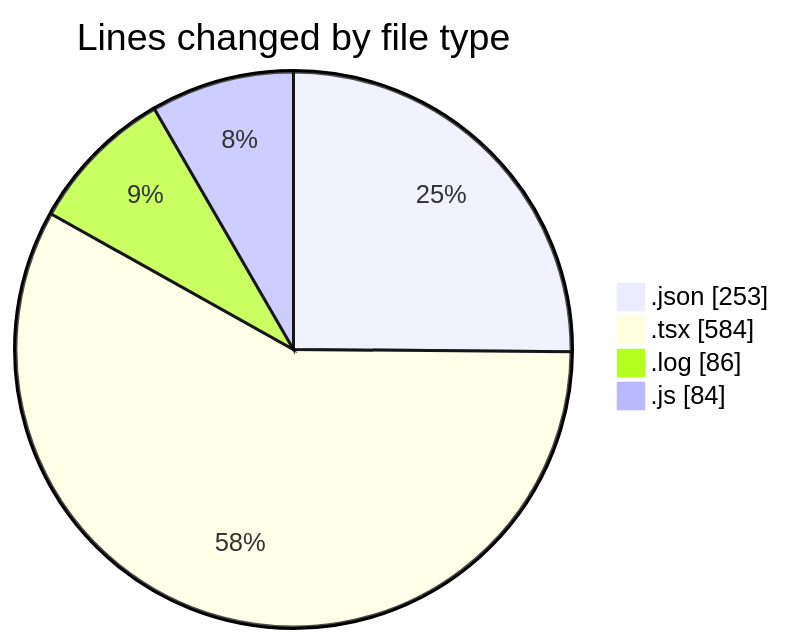
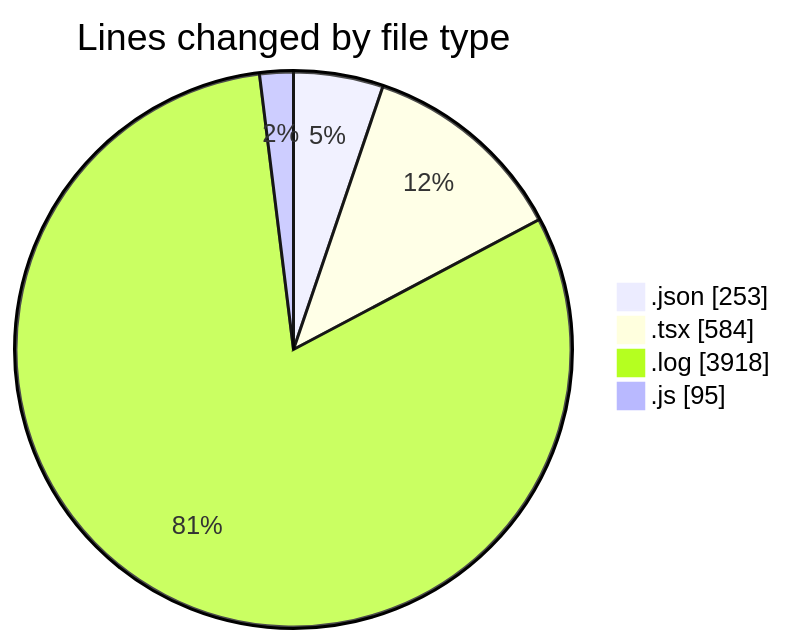
One commit to momahboobian/code-tracking changed the first of 2 diagrams in 2026-03-24/cda/README.md. Above: the diagram before and after it, drawn with Mermaid. The commit also changed other lines of this file and 1 other file, not shown here.

````diff
--- a/2026-03-24/cda/README.md
+++ b/2026-03-24/cda/README.md
@@ -26,8 +27,8 @@
 ```mermaid
 pie showData
 title Lines changed by file type
 ".json" : 253
 ".tsx" : 584
-".log" : 86
-".js" : 84
+".log" : 3918
+".js" : 95
 ```
````
